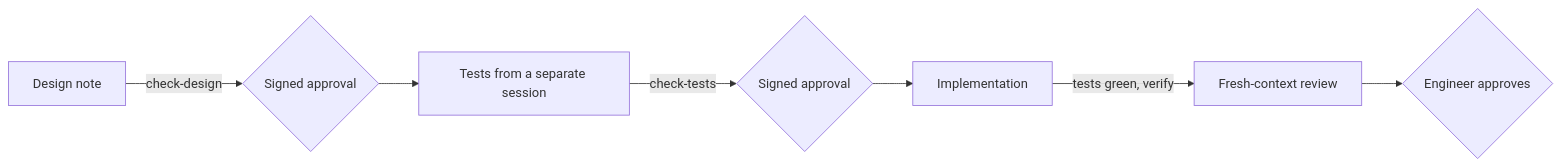
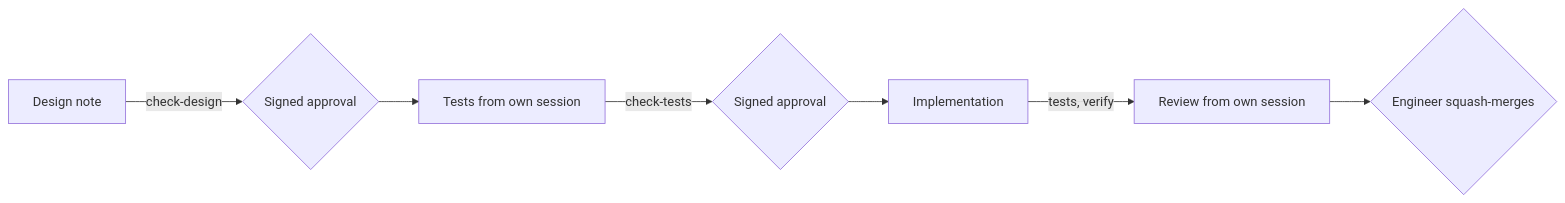
One commit to HannesT117/software-factory changed the diagram in docs/increments/02-trust-core/design.md. Above: the diagram before and after it, drawn with Mermaid. The commit also changed other lines of this file and 6 other files, not shown here.

````diff
--- a/docs/increments/02-trust-core/design.md
+++ b/docs/increments/02-trust-core/design.md
@@ -23,9 +22,9 @@
 ```mermaid
 flowchart LR
   A[Design note] -->|check-design| B{Signed approval}
-  B --> C[Tests from a separate session]
+  B --> C[Tests from own session]
   C -->|check-tests| D{Signed approval}
   D --> E[Implementation]
-  E -->|tests green, verify| F[Fresh-context review]
-  F --> G{Engineer approves}
+  E -->|tests, verify| F[Review from own session]
+  F --> G{Engineer squash-merges}
 ```
````
